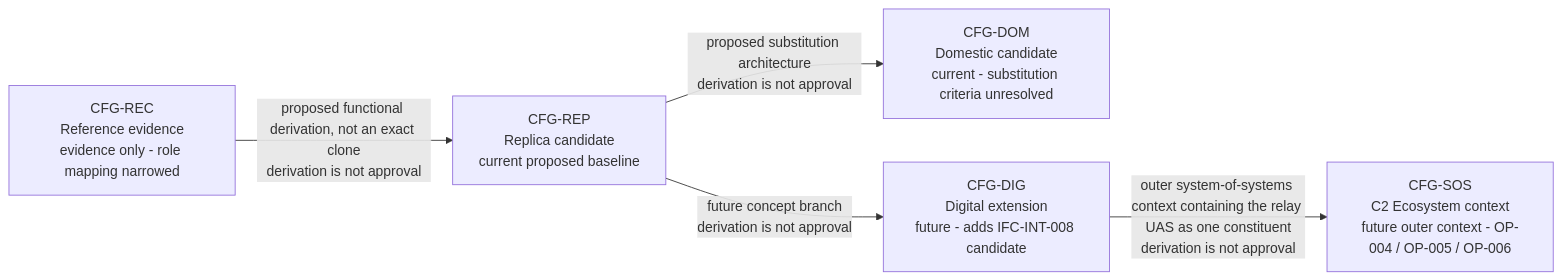
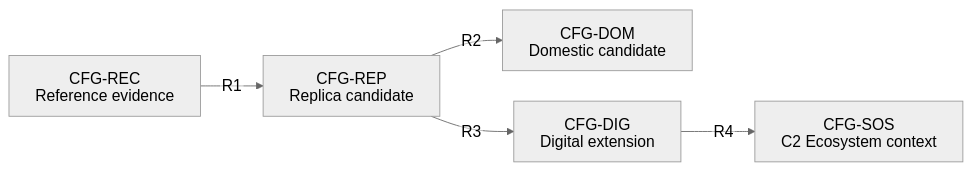
One commit to noahstephenson/low-cost-relay-uas changed the first of 15 diagrams in docs/reference/architecture-atlas.md. Above: the diagram before and after it, drawn with Mermaid. The commit also changed other lines of this file and 22 other files, not shown here.

Commit message:
Teach the relay UAS architecture through a guided reading path and readable views

````diff
--- a/docs/reference/architecture-atlas.md
+++ b/docs/reference/architecture-atlas.md
@@ -27,13 +28,14 @@
 ```mermaid
+%%{init: {"theme": "neutral", "htmlLabels": false, "themeVariables": {"fontSize": "18px"}, "flowchart": {"htmlLabels": false, "nodeSpacing": 35, "rankSpacing": 45}}}%%
 flowchart LR
     %% Configuration scope: CFG-REC / CFG-REP / CFG-DOM / CFG-DIG / CFG-SOS
-    CFG_REC["CFG-REC<br/>Reference evidence<br/>evidence only - role mapping narrowed"]
-    CFG_REP["CFG-REP<br/>Replica candidate<br/>current proposed baseline"]
-    CFG_DOM["CFG-DOM<br/>Domestic candidate<br/>current - substitution criteria unresolved"]
-    CFG_DIG["CFG-DIG<br/>Digital extension<br/>future - adds IFC-INT-008 candidate"]
-    CFG_SOS["CFG-SOS<br/>C2 Ecosystem context<br/>future outer context - OP-004 / OP-005 / OP-006"]
-    CFG_REC -->|"proposed functional derivation, not an exact clone<br/>derivation is not approval"| CFG_REP
-    CFG_REP -->|"proposed substitution architecture<br/>derivation is not approval"| CFG_DOM
-    CFG_REP -->|"future concept branch<br/>derivation is not approval"| CFG_DIG
-    CFG_DIG -->|"outer system-of-systems context containing the relay UAS as one constituent<br/>derivation is not approval"| CFG_SOS
+    CFG_REC["CFG-REC<br/>Reference evidence"]
+    CFG_REP["CFG-REP<br/>Replica candidate"]
+    CFG_DOM["CFG-DOM<br/>Domestic candidate"]
+    CFG_DIG["CFG-DIG<br/>Digital extension"]
+    CFG_SOS["CFG-SOS<br/>C2 Ecosystem context"]
+    CFG_REC -->|"R1"| CFG_REP
+    CFG_REP -->|"R2"| CFG_DOM
+    CFG_REP -->|"R3"| CFG_DIG
+    CFG_DIG -->|"R4"| CFG_SOS
 ```
````
